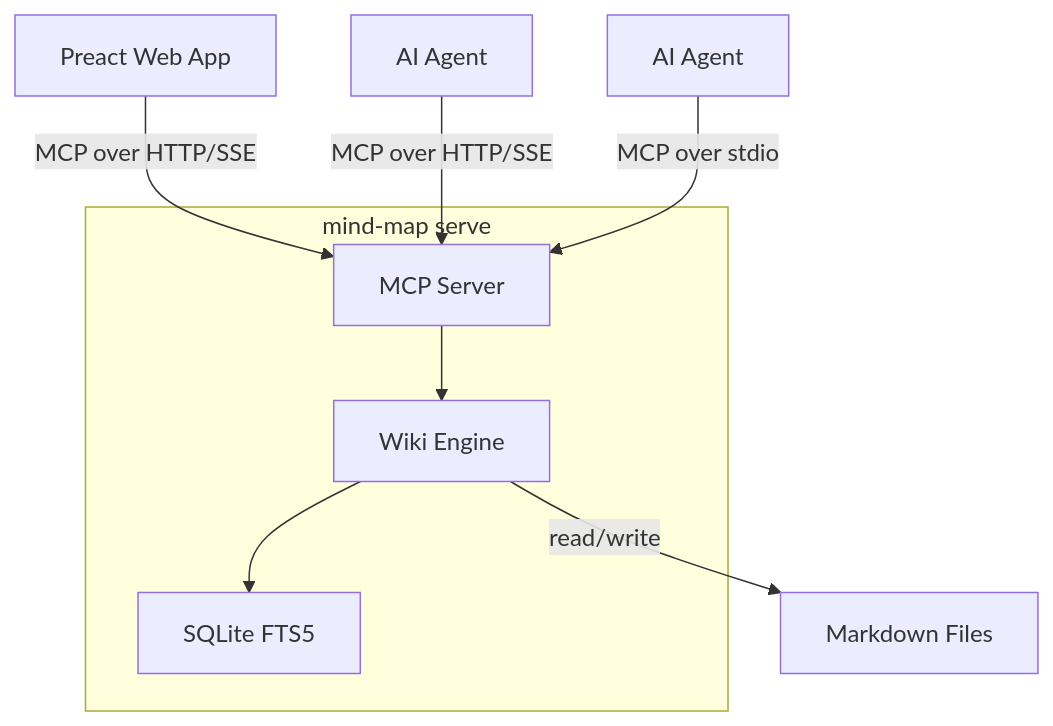
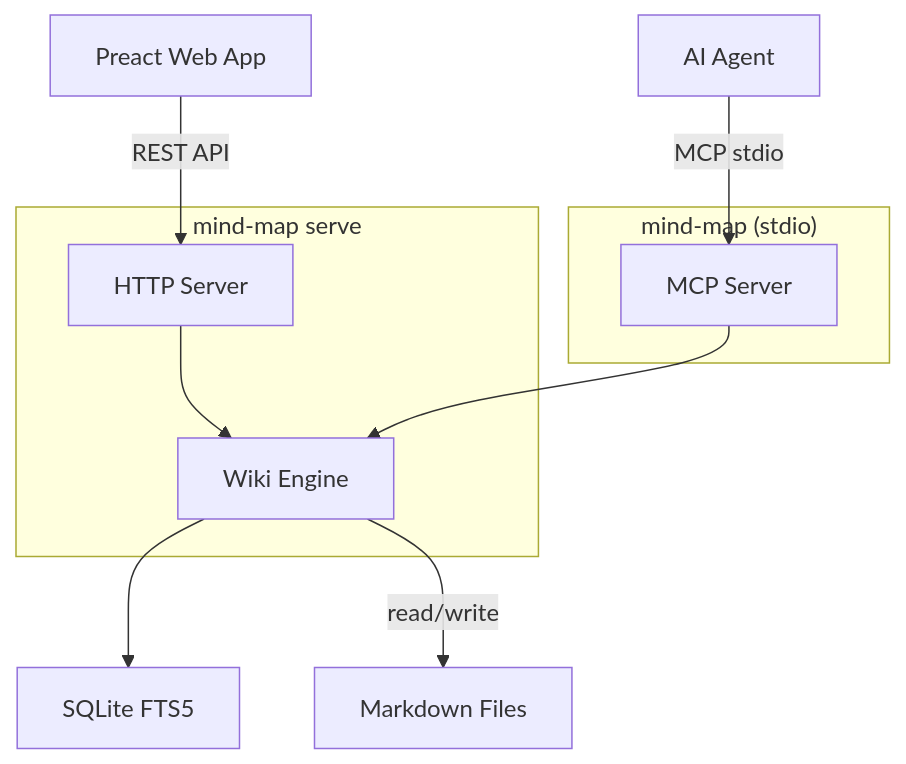
Before and after one commit to aniongithub/mind-map: the diagram in README.md, drawn with Mermaid. The commit also changed other lines of this file and 2 other files, not shown here.

First line of the commit message:
Update docs and installers for stdio + REST architecture

````diff
--- a/README.md
+++ b/README.md
@@ -53,13 +52,16 @@
 ```mermaid
 graph TD
-    A[Preact Web App] -->|MCP over HTTP/SSE| B
-    C[AI Agent] -->|MCP over HTTP/SSE| B
-    D[AI Agent] -->|MCP over stdio| B
+    A[Preact Web App] -->|REST API| B
+    C[AI Agent] -->|MCP stdio| D
 
     subgraph "mind-map serve"
-        B[MCP Server] --> E[Wiki Engine]
-        E --> F[SQLite FTS5]
+        B[HTTP Server] --> E[Wiki Engine]
     end
 
+    subgraph "mind-map (stdio)"
+        D[MCP Server] --> E
+    end
+
+    E --> F[SQLite FTS5]
     E -->|read/write| G[Markdown Files]
 ```
````
